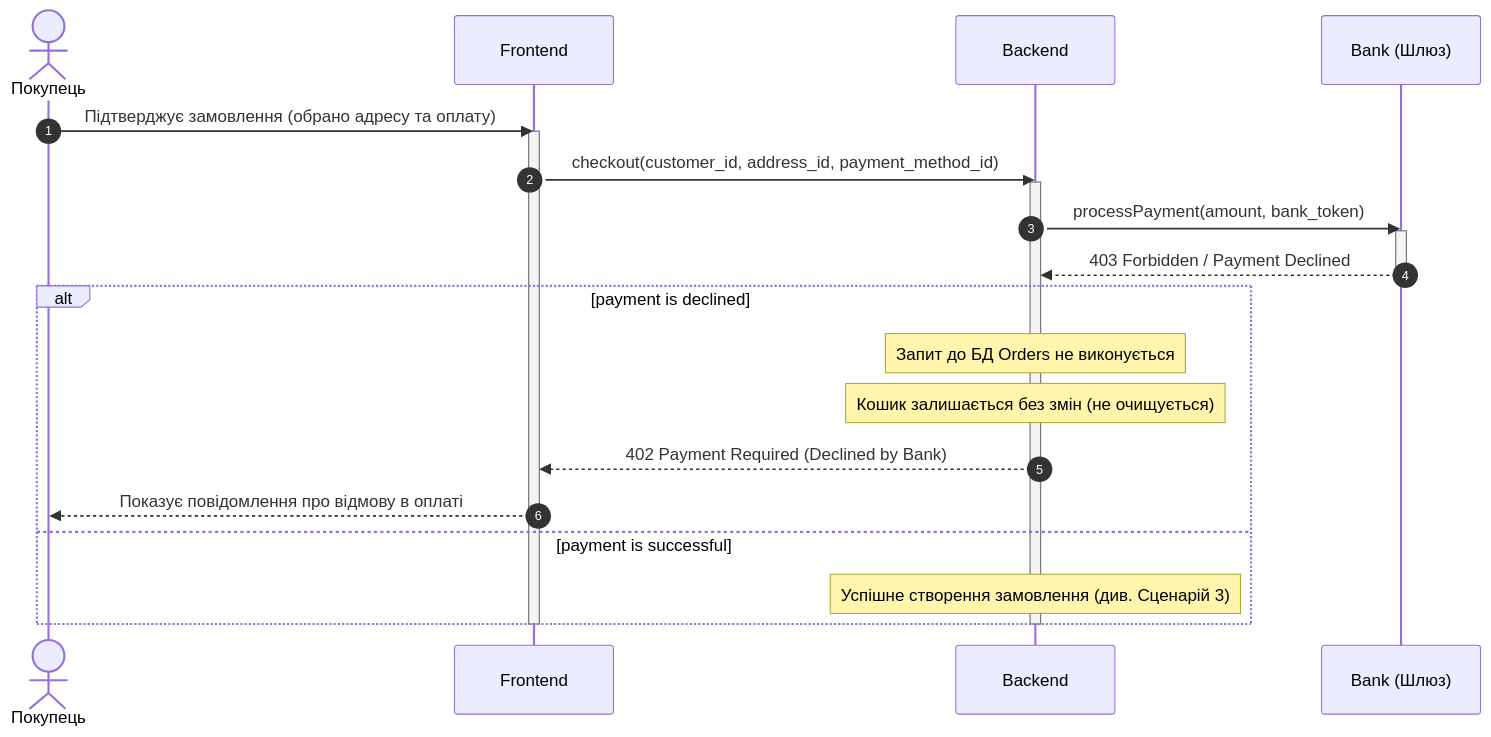
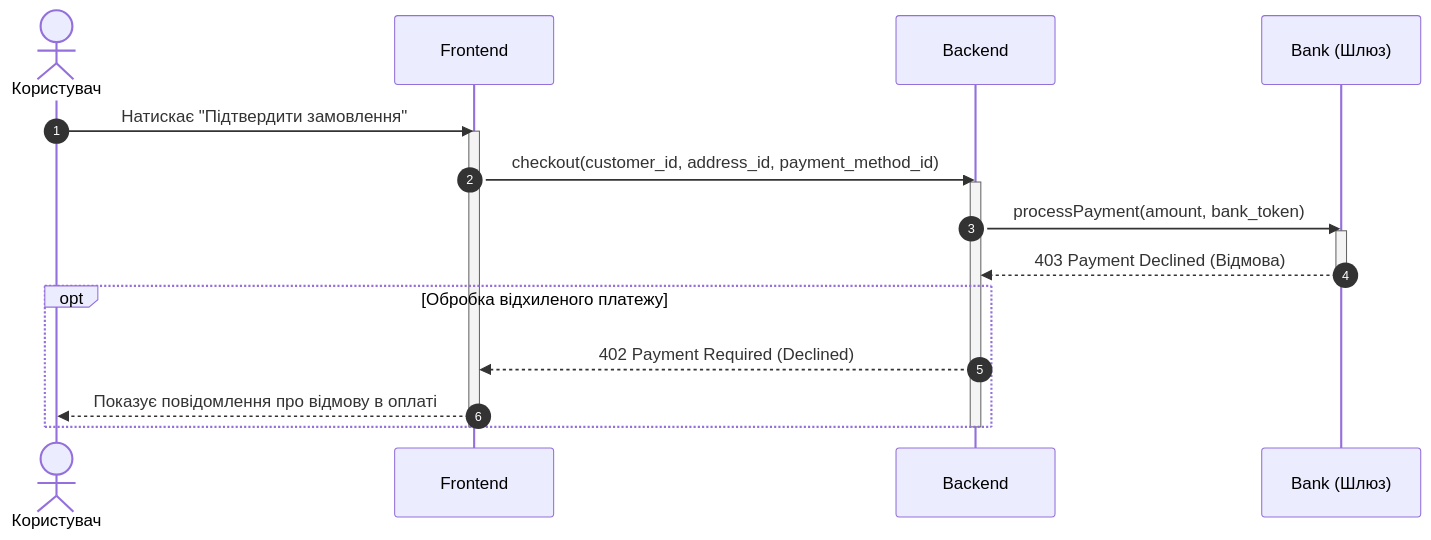
One commit to Haina-me/mavpz changed the diagram in docs/sequence_diagram_КП4.mmd. Above: the diagram before and after it, drawn with Mermaid. The commit also changed 6 other files, not shown here.

Commit message:
update KP4 sequence diagram

```diff
--- a/docs/sequence_diagram_КП4.mmd
+++ b/docs/sequence_diagram_КП4.mmd
@@ -1,29 +1,27 @@
 sequenceDiagram
     autonumber
-    actor User as Покупець
+    actor User as Користувач
     participant Frontend
     participant Backend
     participant Bank as Bank (Шлюз)
-
-    User ->> Frontend: Підтверджує замовлення (обрано адресу та оплату)
+    
+    User ->> Frontend: Натискає "Підтвердити замовлення"
     activate Frontend
     
     Frontend ->> Backend: checkout(customer_id, address_id, payment_method_id)
     activate Backend
     
     Backend ->> Bank: processPayment(amount, bank_token)
     activate Bank
-    Bank -->> Backend: 403 Forbidden / Payment Declined
+    Bank -->> Backend: 403 Payment Declined (Відмова)
     deactivate Bank
     
-    alt payment is declined
-        Note over Backend: Запит до БД Orders не виконується
-        Note over Backend: Кошик залишається без змін (не очищується)
-        Backend -->> Frontend: 402 Payment Required (Declined by Bank)
+    opt Обробка відхиленого платежу
+
+        
+        Backend -->> Frontend: 402 Payment Required (Declined)
         Frontend -->> User: Показує повідомлення про відмову в оплаті
-    else payment is successful
-        Note over Backend: Успішне створення замовлення (див. Сценарій 3)
     end
     
     deactivate Backend
     deactivate Frontend
```
